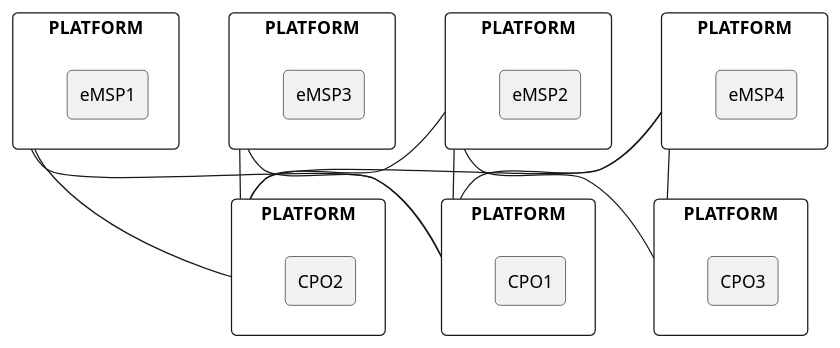
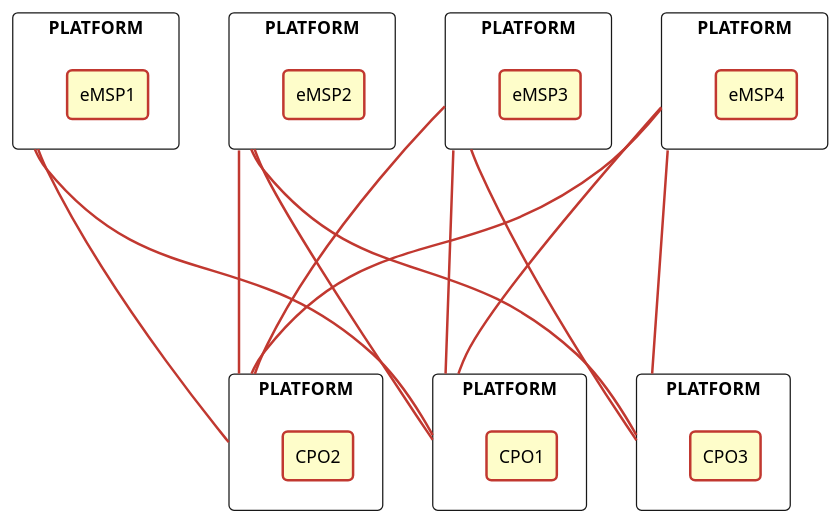
The diagram in docs/03-supported-topologies/03-multiple-peer-to-peer-connections.md (aasanchez/ev-protocols), drawn with PlantUML before and after one commit. The commit also changed 10 other files, not shown here.

Commit message:
Improving uml charts

````diff
--- a/docs/03-supported-topologies/03-multiple-peer-to-peer-connections.md
+++ b/docs/03-supported-topologies/03-multiple-peer-to-peer-connections.md
@@ -11,52 +11,63 @@
 ```plantuml Figure 2. Multiple peer-to-peer topology example
 @startuml
 
+skinparam backgroundColor transparent
+skinparam ArrowColor      #c13830
+skinparam ArrowThickness  2
+skinparam ranksep 250
+
 skinparam agent {
+  BackgroundColor   #fefdca
+  BorderColor       #c13830
+  BorderThickness   2
+  roundCorner       8
   roundCorner 8
 }
 
 skinparam rectangle {
+  BackgroundColor #fff
   roundCorner 8
 }
 
 rectangle PLATFORM as eMSPP1 {
   agent eMSP1
 }
 
 rectangle PLATFORM as eMSPP2 {
   agent eMSP2
 }
 
 rectangle PLATFORM as eMSPP3 {
   agent eMSP3
 }
 
 rectangle PLATFORM as eMSPP4 {
   agent eMSP4
 }
 
 rectangle PLATFORM as CPOP1 {
   agent CPO1
 }
 
 rectangle PLATFORM as CPOP2 {
   agent CPO2
 }
 
 rectangle PLATFORM as CPOP3 {
   agent CPO3
 }
 
 eMSPP1 -- CPOP1
 eMSPP2 -- CPOP2
 eMSPP1 -- CPOP2
 eMSPP2 -- CPOP1
 eMSPP2 -- CPOP3
 eMSPP3 -- CPOP1
 eMSPP3 -- CPOP2
+eMSPP3 -- CPOP3
 eMSPP4 -- CPOP1
 eMSPP4 -- CPOP2
 eMSPP4 -- CPOP3
 
 @enduml
 ```
````
